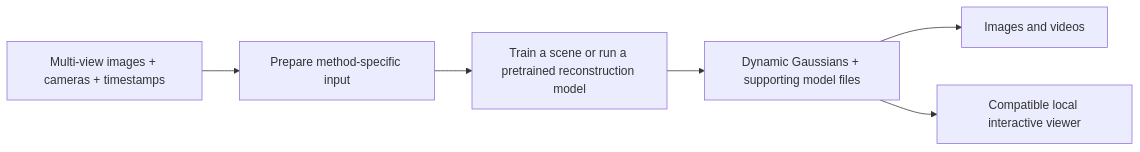
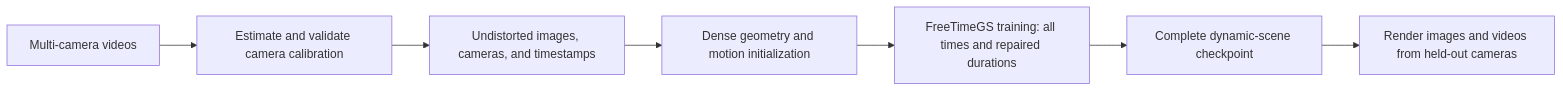
One commit to samaust/Experiments_4DGS changed the diagram in README.md. Above: the diagram before and after it, drawn with Mermaid. The commit also changed other lines of this file, not shown here.

First line of the commit message:
Document the recommended dense FreeTimeGS Basketball workflow

````diff
--- a/README.md
+++ b/README.md
@@ -9,8 +9,9 @@
 ```mermaid
 flowchart LR
-    A[Multi-view images + cameras + timestamps] --> B[Prepare method-specific input]
-    B --> C[Train a scene or run a pretrained reconstruction model]
-    C --> D[Dynamic Gaussians + supporting model files]
-    D --> E[Images and videos]
-    D --> F[Compatible local interactive viewer]
+    A[Multi-camera videos] --> B[Estimate and validate camera calibration]
+    B --> C[Undistorted images, cameras, and timestamps]
+    C --> D[Dense geometry and motion initialization]
+    D --> E[FreeTimeGS training: all times and repaired durations]
+    E --> F[Complete dynamic-scene checkpoint]
+    F --> G[Render images and videos from held-out cameras]
 ```
````
